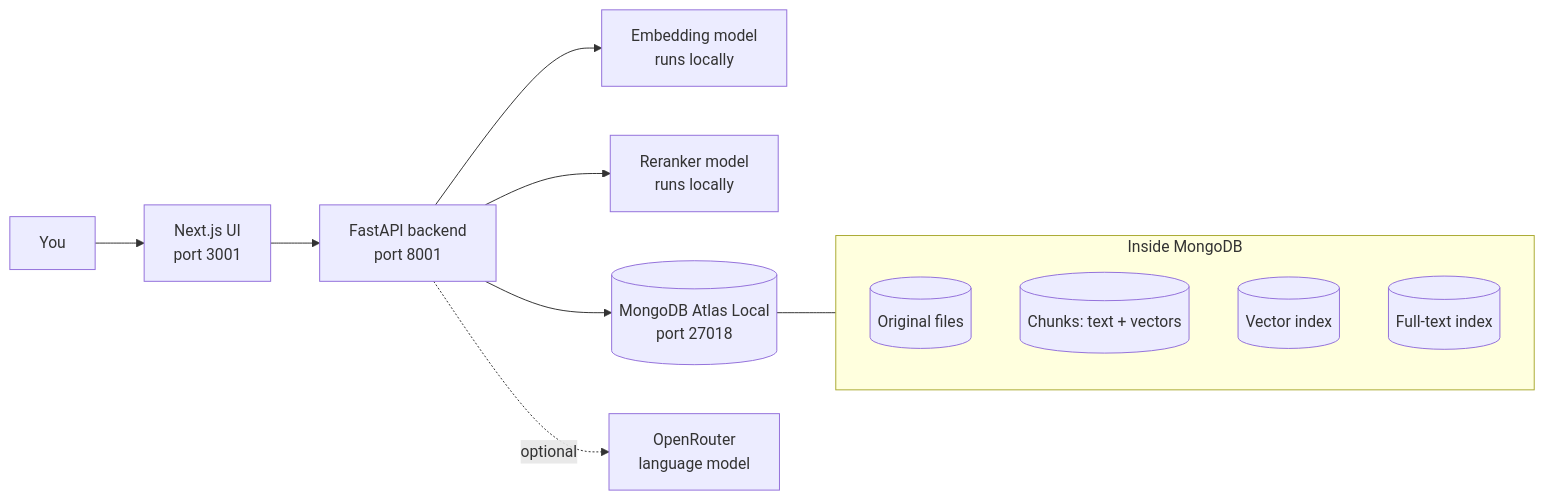
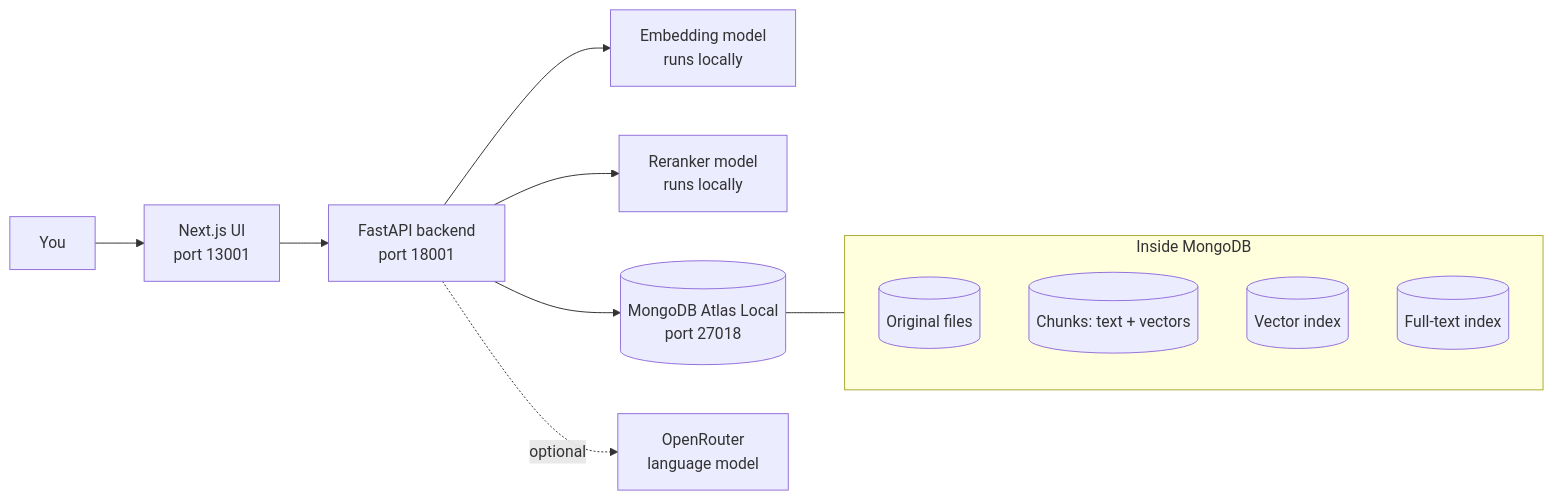
The first of 3 diagrams in README.md (CodehanceHQ/rag-project), drawn with Mermaid before and after one commit. The commit also changed other lines of this file and 8 other files, not shown here.

````diff
--- a/README.md
+++ b/README.md
@@ -36,17 +36,17 @@
 ```mermaid
 flowchart LR
-    U[You] --> UI[Next.js UI<br/>port 3001]
-    UI --> API[FastAPI backend<br/>port 8001]
+    U[You] --> UI[Next.js UI<br/>port 13001]
+    UI --> API[FastAPI backend<br/>port 18001]
     API --> EMB[Embedding model<br/>runs locally]
     API --> RR[Reranker model<br/>runs locally]
     API --> DB[(MongoDB Atlas Local<br/>port 27018)]
     API -. optional .-> LLM[OpenRouter<br/>language model]
 
     subgraph DB_CONTENTS[Inside MongoDB]
         RAW[(Original files)]
         CHUNKS[(Chunks: text + vectors)]
         VI[(Vector index)]
         TI[(Full-text index)]
     end
     DB --- DB_CONTENTS
 ```
````
